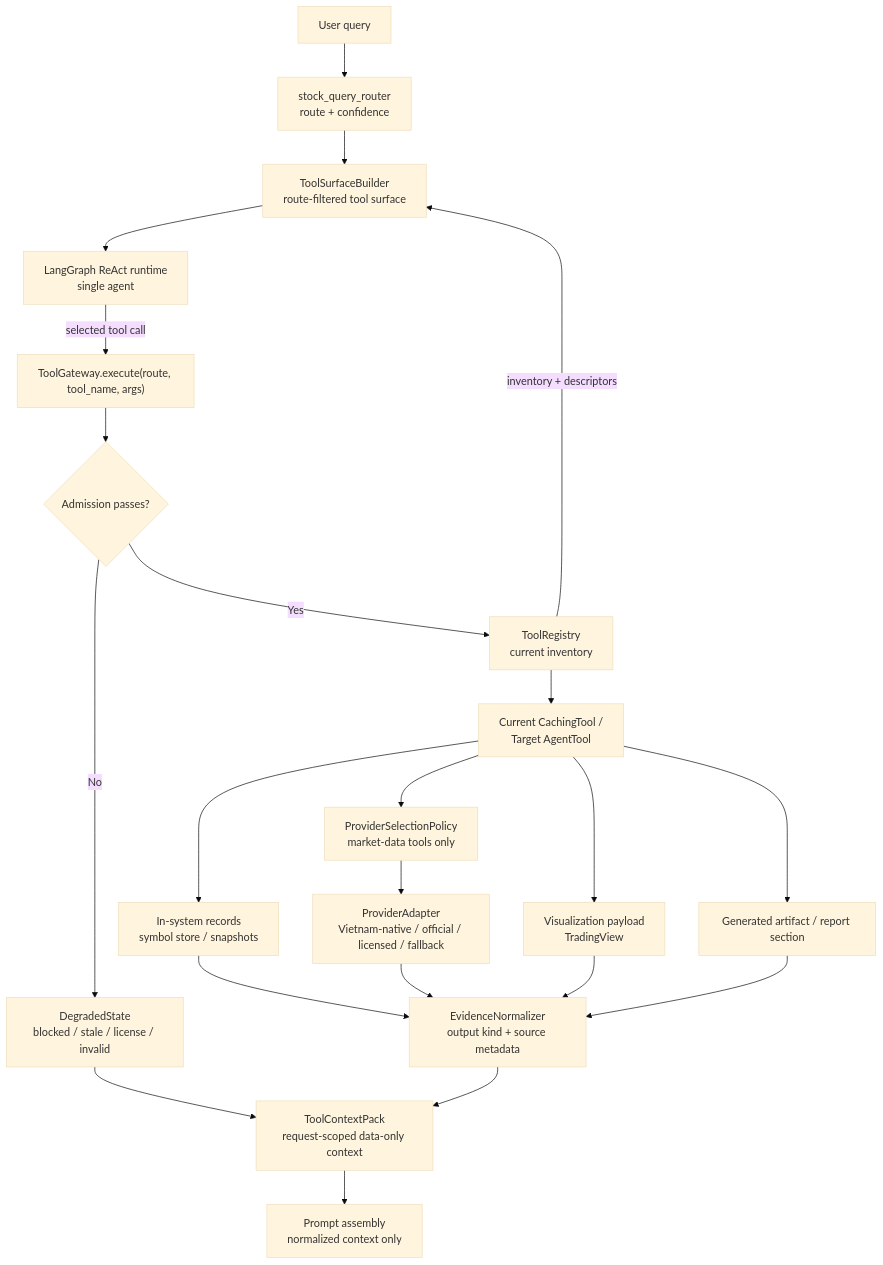
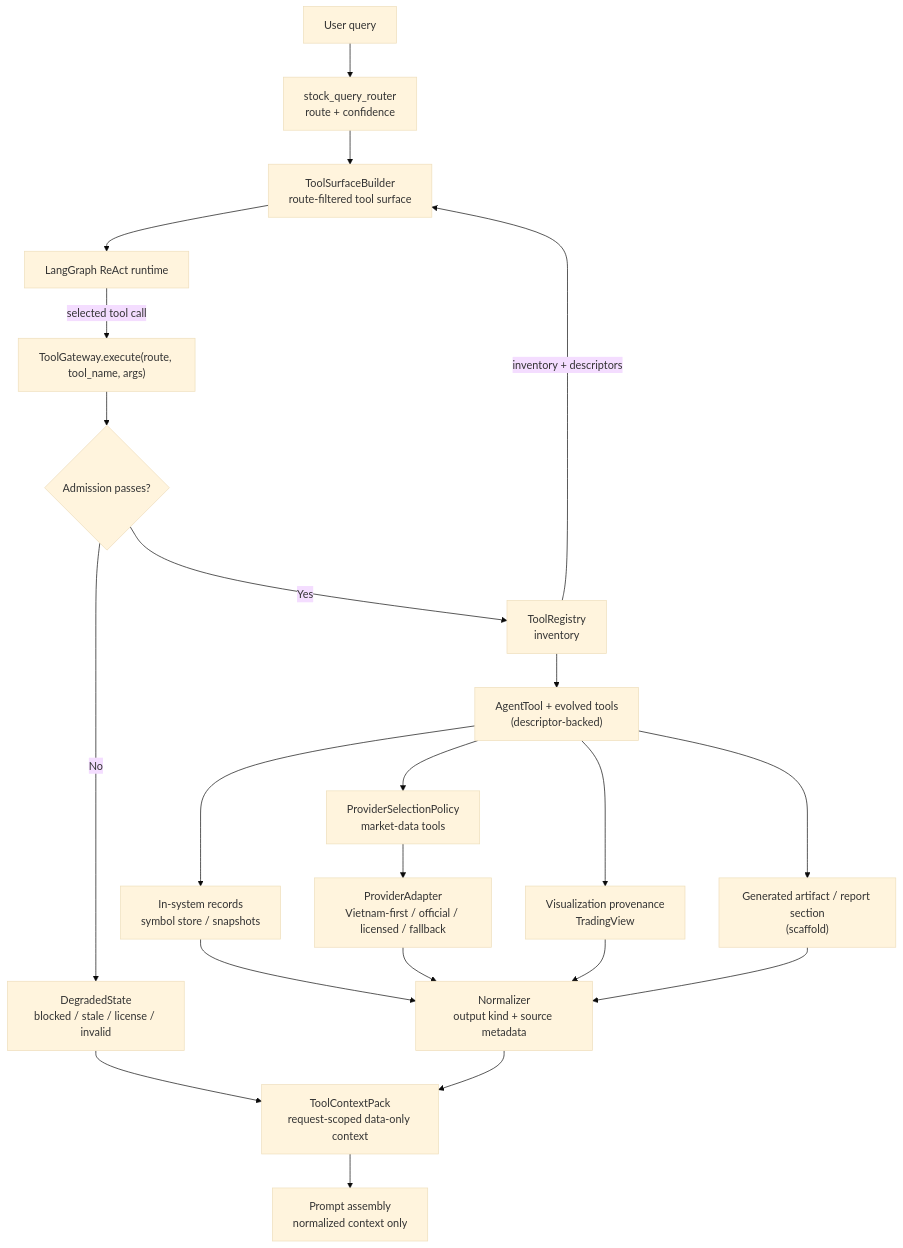
Before and after one commit to d-dragon/dp-stock-investment-assistant: the fifth of 27 diagrams in docs/domains/agent/TECHNICAL_DESIGN.md, drawn with Mermaid (base theme). The commit also changed other lines of this file and 2 other files, not shown here.

Commit message:
docs(agent): update the roadmap, architecture design and technical design documents to reflect recent implementation updates of delivered M2B.1-3 milestones

````diff
--- a/docs/domains/agent/TECHNICAL_DESIGN.md
+++ b/docs/domains/agent/TECHNICAL_DESIGN.md
@@ -315,24 +313,24 @@
 ```mermaid
 flowchart TD
 	Query["User query"] --> Route["stock_query_router\nroute + confidence"]
 	Route --> Surface["ToolSurfaceBuilder\nroute-filtered tool surface"]
 	Registry -->|"inventory + descriptors"| Surface
-	Surface --> ReAct["LangGraph ReAct runtime\nsingle agent"]
+	Surface --> ReAct["LangGraph ReAct runtime"]
 	ReAct -->|"selected tool call"| Gateway["ToolGateway.execute(route, tool_name, args)"]
 	Gateway --> Admission{"Admission passes?"}
 	Admission -- "No" --> Degraded["DegradedState\nblocked / stale / license / invalid"]
-	Admission -- "Yes" --> Registry["ToolRegistry\ncurrent inventory"]
-	Registry --> AgentTool["Current CachingTool /\nTarget AgentTool"]
+	Admission -- "Yes" --> Registry["ToolRegistry\ninventory"]
+	Registry --> AgentTool["AgentTool + evolved tools\n(descriptor-backed)"]
 	AgentTool --> InSystem["In-system records\nsymbol store / snapshots"]
-	AgentTool --> ProviderPolicy["ProviderSelectionPolicy\nmarket-data tools only"]
-	ProviderPolicy --> Adapter["ProviderAdapter\nVietnam-native / official / licensed / fallback"]
-	AgentTool --> Viz["Visualization payload\nTradingView"]
-	AgentTool --> Artifact["Generated artifact / report section"]
-	InSystem --> Normalizer["EvidenceNormalizer\noutput kind + source metadata"]
+	AgentTool --> ProviderPolicy["ProviderSelectionPolicy\nmarket-data tools"]
+	ProviderPolicy --> Adapter["ProviderAdapter\nVietnam-first / official / licensed / fallback"]
+	AgentTool --> Viz["Visualization provenance\nTradingView"]
+	AgentTool --> Artifact["Generated artifact / report section\n(scaffold)"]
+	InSystem --> Normalizer["Normalizer\noutput kind + source metadata"]
 	Adapter --> Normalizer
 	Viz --> Normalizer
 	Artifact --> Normalizer
 	Normalizer --> Pack["ToolContextPack\nrequest-scoped data-only context"]
 	Degraded --> Pack
 	Pack --> Prompt["Prompt assembly\nnormalized context only"]
 ```
````
